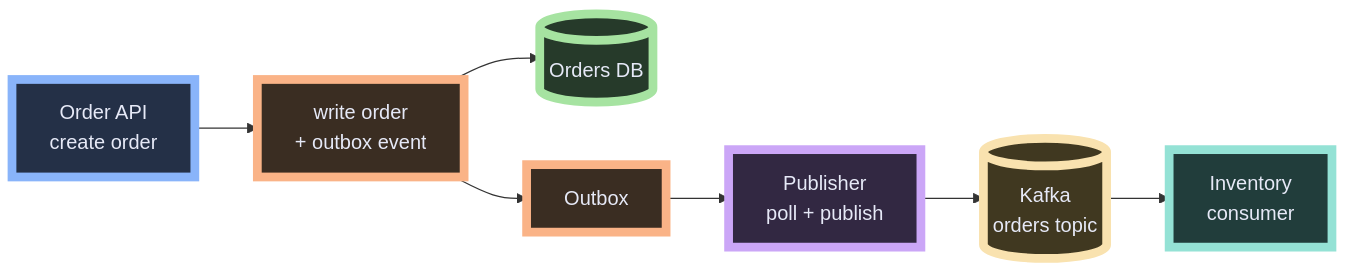
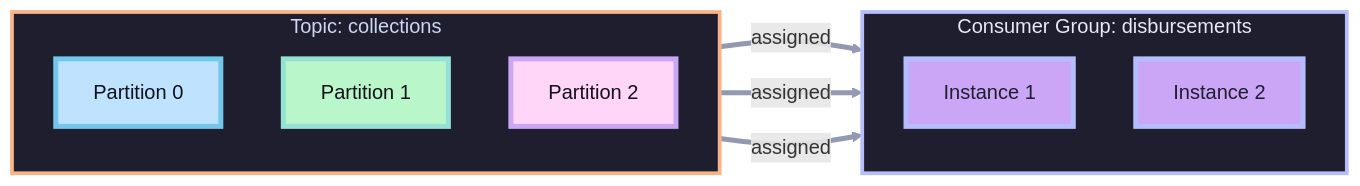
Diagram 14 of 40 in content/slides/go-labs-eda-go-kafka/slides.md (hmajid2301/blog), drawn with Mermaid before and after one commit. The commit also changed other lines of this file and 10 other files, not shown here.

````diff
--- a/content/slides/go-labs-eda-go-kafka/slides.md
+++ b/content/slides/go-labs-eda-go-kafka/slides.md
@@ -675,25 +745,35 @@
 ```mermaid
 flowchart LR
-    API["Order API<br/>create order"] --> TX["write order<br/>+ outbox event"]
-    TX --> DB[("Orders DB")]
-    TX --> OUT["Outbox"]
-    OUT --> PUB["Publisher<br/>poll + publish"]
-    PUB --> T[("Kafka<br/>orders topic")]
-    T --> CON["Inventory<br/>consumer"]
+    subgraph T["Topic: collections"]
+      direction TB
+      P0["Partition 0"]
+      P1["Partition 1"]
+      P2["Partition 2"]
+    end
 
-    classDef app fill:#243047,stroke:#89b4fa,stroke-width:7px,color:#e6e9f7;
-    classDef tx fill:#3a2d22,stroke:#fab387,stroke-width:7px,color:#e6e9f7;
-    classDef db fill:#263a2a,stroke:#a6e3a1,stroke-width:7px,color:#e6e9f7;
-    classDef storage fill:#3a2d22,stroke:#fab387,stroke-width:7px,color:#e6e9f7;
-    classDef publisher fill:#322842,stroke:#cba6f7,stroke-width:7px,color:#e6e9f7;
-    classDef kafka fill:#403820,stroke:#f9e2af,stroke-width:7px,color:#e6e9f7;
-    classDef consumer fill:#213d3b,stroke:#94e2d5,stroke-width:7px,color:#e6e9f7;
+    subgraph G["Consumer Group: disbursements"]
+      direction TB
+      C1["Instance 1"]
+      C2["Instance 2"]
+    end
 
-    class API app;
-    class TX tx;
-    class DB db;
-    class OUT storage;
-    class PUB publisher;
-    class T kafka;
-    class CON consumer;
+    P0 -->|assigned| C1
+    P2 -->|assigned| C1
+    P1 -->|assigned| C2
+
+    classDef topic fill:#1e1e2e,stroke:#fab387,stroke-width:3px,color:#cdd6f4;
+    classDef group fill:#1e1e2e,stroke:#b4befe,stroke-width:3px,color:#e6e9f7;
+    classDef p0 fill:#bfe3ff,stroke:#74c7ec,stroke-width:4px,color:#11111b;
+    classDef p1 fill:#b9f6ca,stroke:#94e2d5,stroke-width:4px,color:#11111b;
+    classDef p2 fill:#ffd6f7,stroke:#cba6f7,stroke-width:4px,color:#11111b;
+    classDef instance fill:#cba6f7,stroke:#b4befe,stroke-width:4px,color:#1e1e2e;
+
+    class T topic;
+    class G group;
+    class P0 p0;
+    class P1 p1;
+    class P2 p2;
+    class C1,C2 instance;
+    linkStyle 0,1 stroke:#9399b2,stroke-width:4px;
+    linkStyle 2 stroke:#9399b2,stroke-width:4px;
 ```
````
